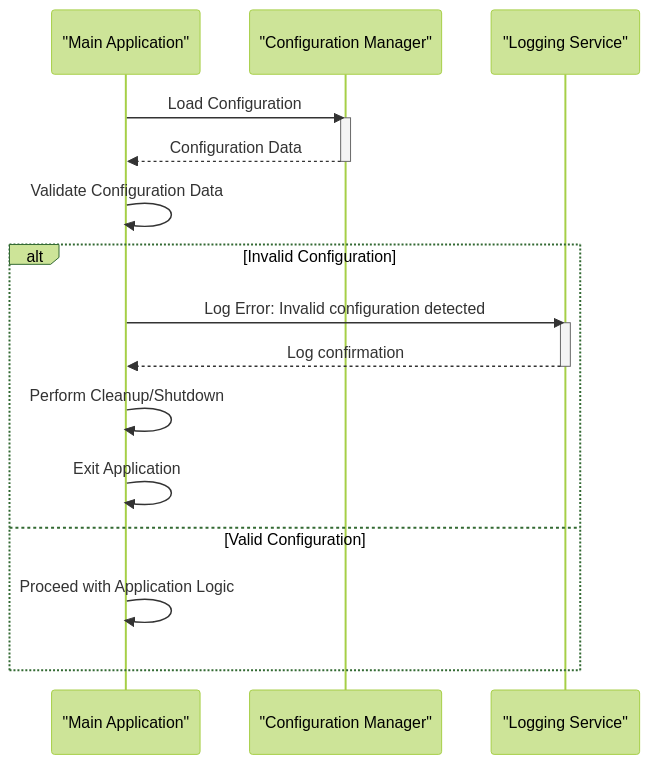
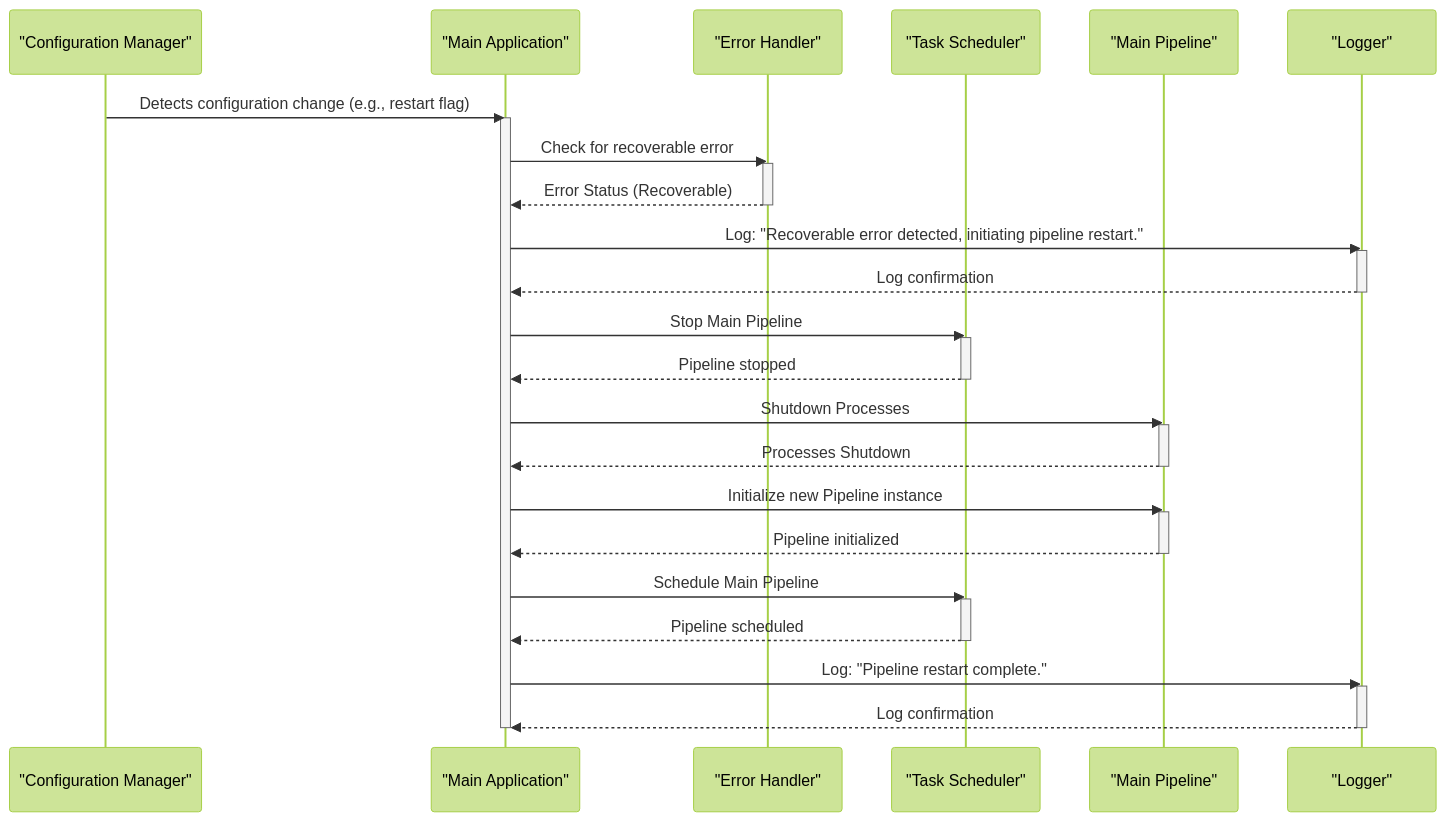
One commit to OpenXFlow/sourceLensAI changed the seventh of 7 diagrams in output/python-sample-project/07_diagrams.md. Above: the diagram before and after it, drawn with Mermaid (forest theme). The commit also changed other lines of this file and 15 other files, not shown here.

````diff
--- a/output/python-sample-project/07_diagrams.md
+++ b/output/python-sample-project/07_diagrams.md
@@ -117,21 +158,40 @@
 ```mermaid
 sequenceDiagram
+    participant ConfigMgr as "Configuration Manager"
     participant MainApp as "Main Application"
-    participant Config as "Configuration Manager"
-    participant Logger as "Logging Service"
-    MainApp->>Config: Load Configuration
-    activate Config
-    Config-->>MainApp: Configuration Data
-    deactivate Config
-    MainApp->>MainApp: Validate Configuration Data
-    alt Invalid Configuration
-        MainApp->>Logger: Log Error: Invalid configuration detected
-        activate Logger
-        Logger-->>MainApp: Log confirmation
-        deactivate Logger
-        MainApp->>MainApp: Perform Cleanup/Shutdown
-        MainApp->>MainApp: Exit Application
-    else Valid Configuration
-        MainApp->>MainApp: Proceed with Application Logic
-    end
+    participant ErrorHandler as "Error Handler"
+    participant TaskScheduler as "Task Scheduler"
+    participant Pipeline as "Main Pipeline"
+    participant Logger as "Logger"
+    ConfigMgr->>MainApp: Detects configuration change (e.g., restart flag)
+    activate MainApp
+    MainApp->>ErrorHandler: Check for recoverable error
+    activate ErrorHandler
+    ErrorHandler-->>MainApp: Error Status (Recoverable)
+    deactivate ErrorHandler
+    MainApp->>Logger: Log: "Recoverable error detected, initiating pipeline restart."
+    activate Logger
+    Logger-->>MainApp: Log confirmation
+    deactivate Logger
+    MainApp->>TaskScheduler: Stop Main Pipeline
+    activate TaskScheduler
+    TaskScheduler-->>MainApp: Pipeline stopped
+    deactivate TaskScheduler
+    MainApp->>Pipeline: Shutdown Processes
+    activate Pipeline
+    Pipeline-->>MainApp: Processes Shutdown
+    deactivate Pipeline
+    MainApp->>Pipeline: Initialize new Pipeline instance
+    activate Pipeline
+    Pipeline-->>MainApp: Pipeline initialized
+    deactivate Pipeline
+    MainApp->>TaskScheduler: Schedule Main Pipeline
+    activate TaskScheduler
+    TaskScheduler-->>MainApp: Pipeline scheduled
+    deactivate TaskScheduler
+    MainApp->>Logger: Log: "Pipeline restart complete."
+    activate Logger
+    Logger-->>MainApp: Log confirmation
+    deactivate Logger
+    deactivate MainApp
 ```
````
